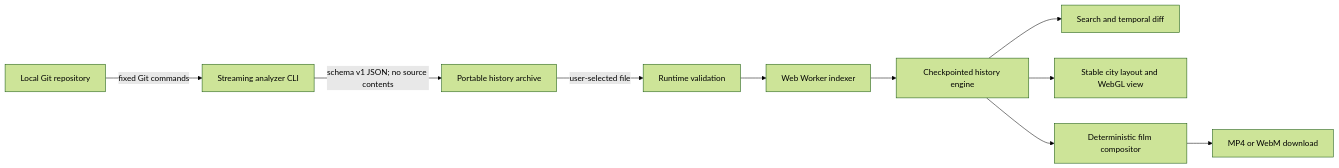
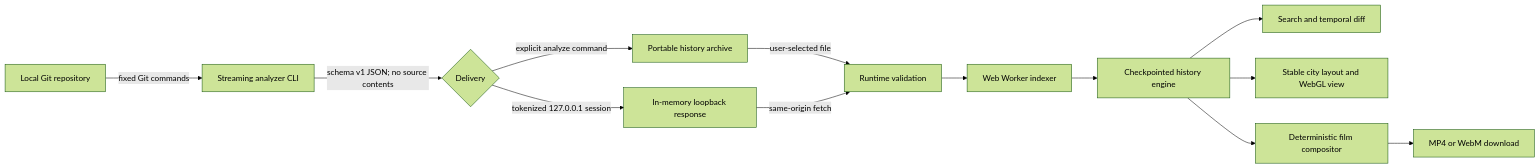
Before and after one commit to OthmaneBlial/RepoRewind: the diagram in docs/architecture.md, drawn with Mermaid (forest theme). The commit also changed other lines of this file and 21 other files, not shown here.

````diff
--- a/docs/architecture.md
+++ b/docs/architecture.md
@@ -5,12 +5,15 @@
 ```mermaid
 flowchart LR
   A[Local Git repository] -->|fixed Git commands| B[Streaming analyzer CLI]
-  B -->|schema v1 JSON; no source contents| C[Portable history archive]
-  C -->|user-selected file| D[Runtime validation]
+  B -->|schema v1 JSON; no source contents| C{Delivery}
+  C -->|explicit analyze command| P[Portable history archive]
+  C -->|tokenized 127.0.0.1 session| L[In-memory loopback response]
+  P -->|user-selected file| D[Runtime validation]
+  L -->|same-origin fetch| D
   D --> E[Web Worker indexer]
   E --> F[Checkpointed history engine]
   F --> G[Search and temporal diff]
   F --> H[Stable city layout and WebGL view]
   F --> I[Deterministic film compositor]
   I --> J[MP4 or WebM download]
 ```
````
